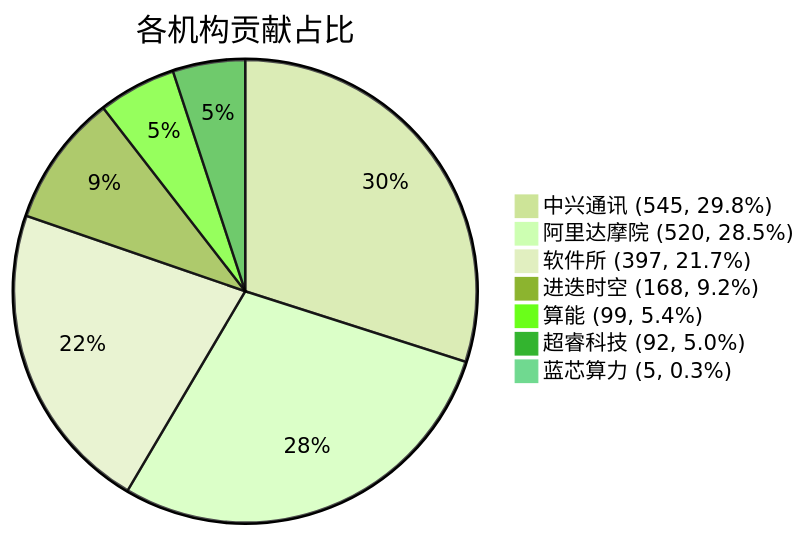
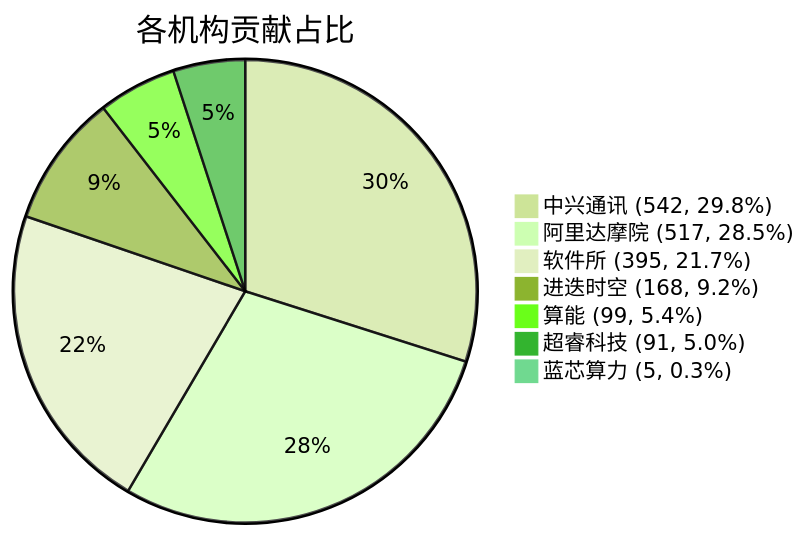
The diagram in docs/index.md (RVCK-Project/rvck), drawn with Mermaid (forest theme) before and after one commit. The commit also changed other lines of this file and 25 other files, not shown here.

````diff
--- a/docs/index.md
+++ b/docs/index.md
@@ -34,10 +34,10 @@
 ```mermaid
 pie title 各机构贡献占比
-    "中兴通讯 (545, 29.8%)" : 545
-    "阿里达摩院 (520, 28.5%)" : 520
-    "软件所 (397, 21.7%)" : 397
+    "中兴通讯 (542, 29.8%)" : 542
+    "阿里达摩院 (517, 28.5%)" : 517
+    "软件所 (395, 21.7%)" : 395
     "进迭时空 (168, 9.2%)" : 168
     "算能 (99, 5.4%)" : 99
-    "超睿科技 (92, 5.0%)" : 92
+    "超睿科技 (91, 5.0%)" : 91
     "蓝芯算力 (5, 0.3%)" : 5
 ```
````
